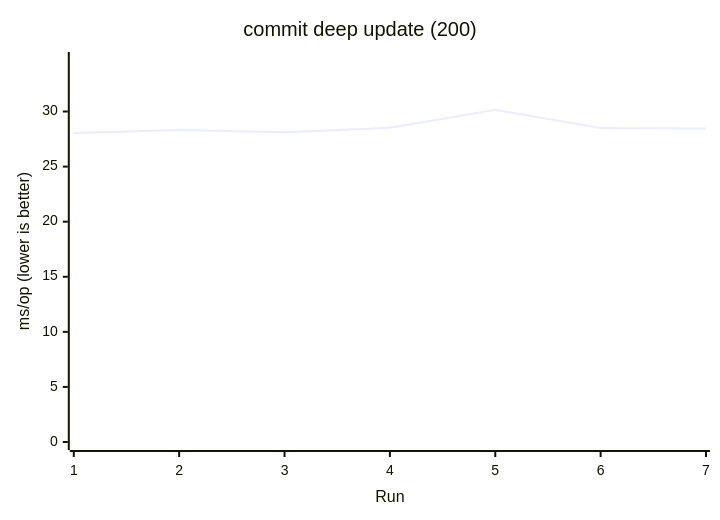
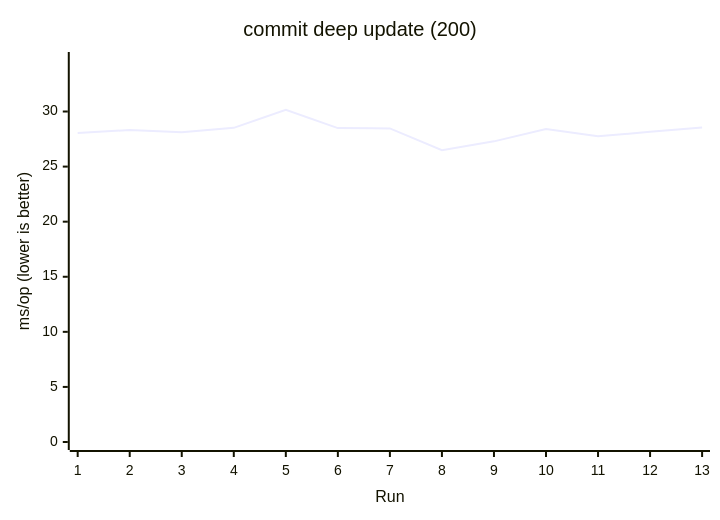
Before and after one commit to AIluffy/io: the sixth of 17 diagrams in apps/docs/src/content/docs/en/guides/benchmark.mdx, drawn with Mermaid. The commit also changed other lines of this file and 11 other files, not shown here.

````diff
--- a/apps/docs/src/content/docs/en/guides/benchmark.mdx
+++ b/apps/docs/src/content/docs/en/guides/benchmark.mdx
@@ -164,7 +251,7 @@
 ```mermaid
 xychart-beta
   title "commit deep update (200)"
-  x-axis "Run" [1, 2, 3, 4, 5, 6, 7]
+  x-axis "Run" [1, 2, 3, 4, 5, 6, 7, 8, 9, 10, 11, 12, 13]
   y-axis "ms/op (lower is better)" 0 --> 34.6763
-  line [28.0546, 28.3256, 28.128, 28.518, 30.1533, 28.4924, 28.468]
+  line [28.0546, 28.3256, 28.128, 28.518, 30.1533, 28.4924, 28.468, 26.4901, 27.2909, 28.402, 27.747, 28.1575, 28.549]
 ```
````
